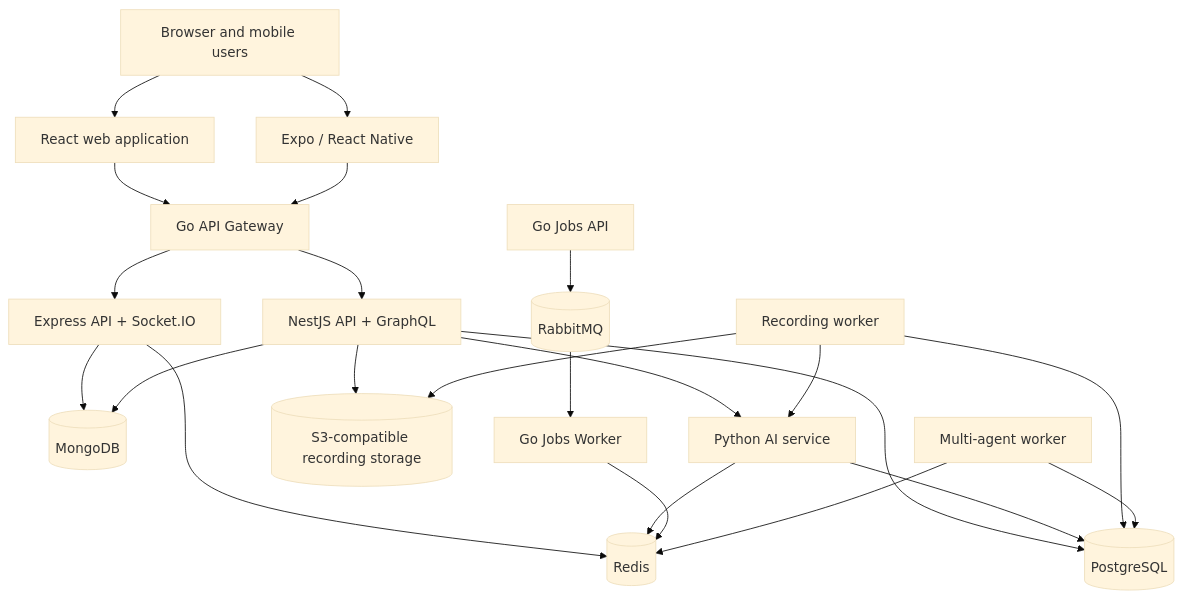
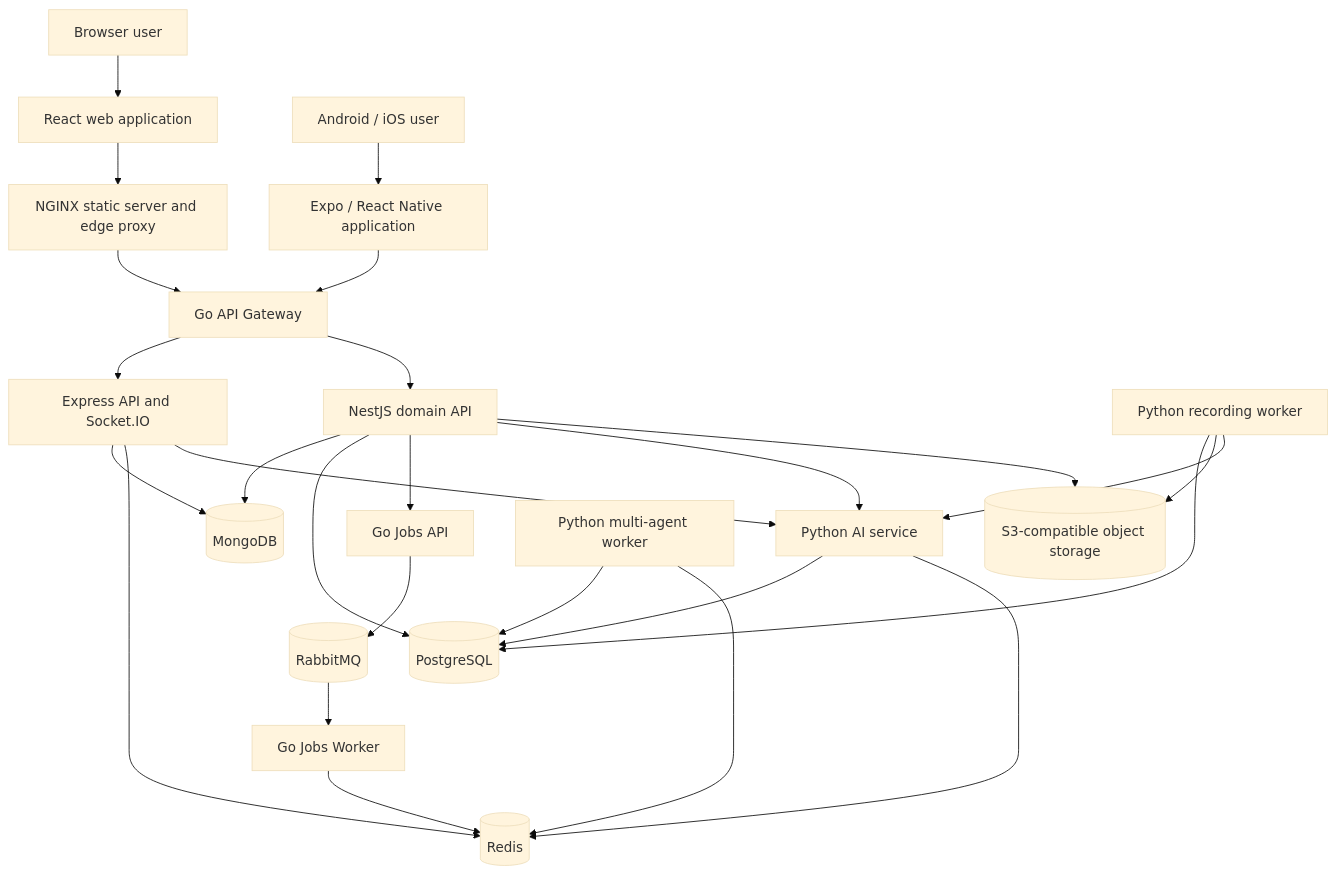
Before and after one commit to CLOUDVGR2/Relay-monorepo: the diagram in README.md, drawn with Mermaid (base theme). The commit also changed other lines of this file and 50 other files, not shown here.

````diff
--- a/README.md
+++ b/README.md
@@ -45,25 +23,28 @@
 ```mermaid
 flowchart TB
-  U[Browser and mobile users] --> WEB[React web application]
-  U --> MOB[Expo / React Native]
-  WEB --> GW[Go API Gateway]
-  MOB --> GW
-  GW --> EXP[Express API + Socket.IO]
-  GW --> NEST[NestJS API + GraphQL]
-  EXP --> M[(MongoDB)]
-  EXP --> R[(Redis)]
-  NEST --> PG[(PostgreSQL)]
-  NEST --> M
-  NEST --> AI[Python AI service]
+  Browser[Browser user] --> Web[React web application]
+  Native[Android / iOS user] --> Mobile[Expo / React Native application]
+  Web --> Nginx[NGINX static server and edge proxy]
+  Nginx --> Gateway[Go API Gateway]
+  Mobile --> Gateway
+  Gateway --> Express[Express API and Socket.IO]
+  Gateway --> Nest[NestJS domain API]
+  Express --> Mongo[(MongoDB)]
+  Express --> Redis[(Redis)]
+  Express --> AI[Python AI service]
+  Nest --> Mongo
+  Nest --> PG[(PostgreSQL)]
+  Nest --> GoJobs[Go Jobs API]
+  Nest --> AI
+  Nest --> Object[(S3-compatible object storage)]
+  GoJobs --> Rabbit[(RabbitMQ)]
+  Rabbit --> Worker[Go Jobs Worker]
+  Worker --> Redis
   AI --> PG
-  AI --> R
-  NEST --> OBJ[(S3-compatible recording storage)]
-  REC[Recording worker] --> PG
-  REC --> OBJ
-  REC --> AI
-  JOBAPI[Go Jobs API] --> MQ[(RabbitMQ)]
-  MQ --> JOBW[Go Jobs Worker]
-  JOBW --> R
-  MA[Multi-agent worker] --> PG
-  MA --> R
+  AI --> Redis
+  Recording[Python recording worker] --> PG
+  Recording --> Object
+  Recording --> AI
+  AgentWorker[Python multi-agent worker] --> PG
+  AgentWorker --> Redis
 ```
````
